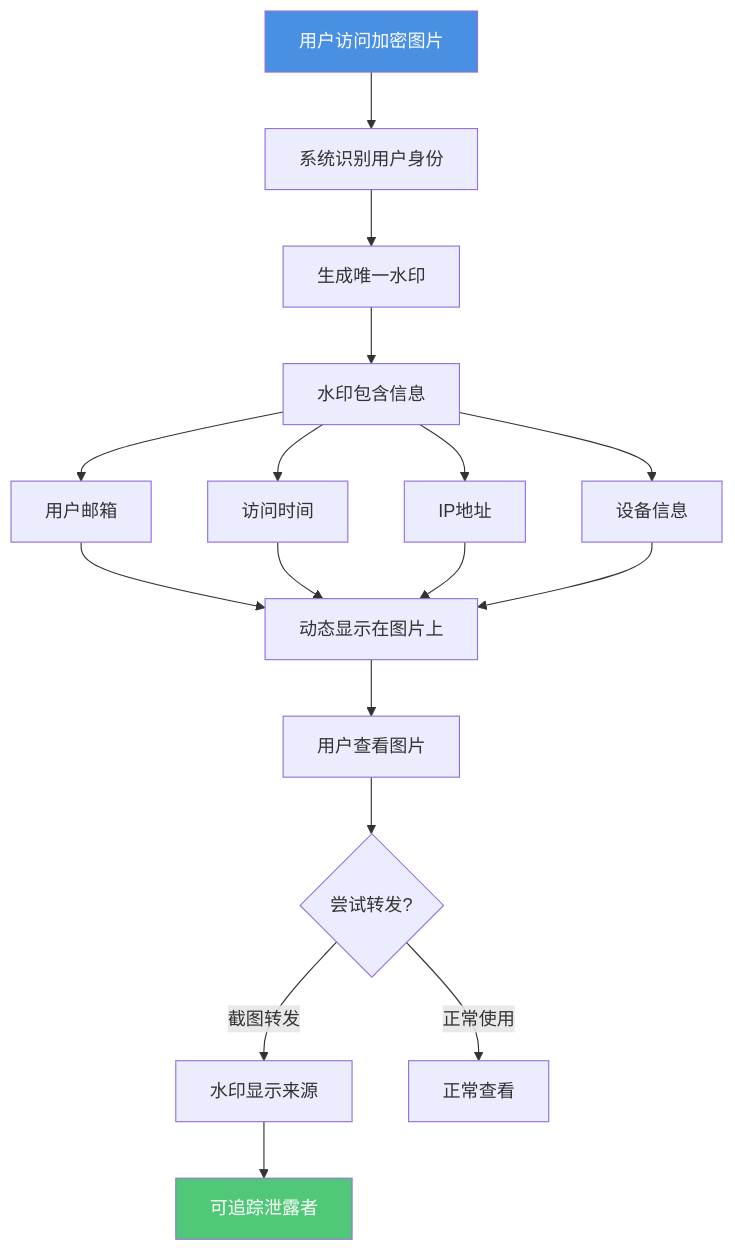
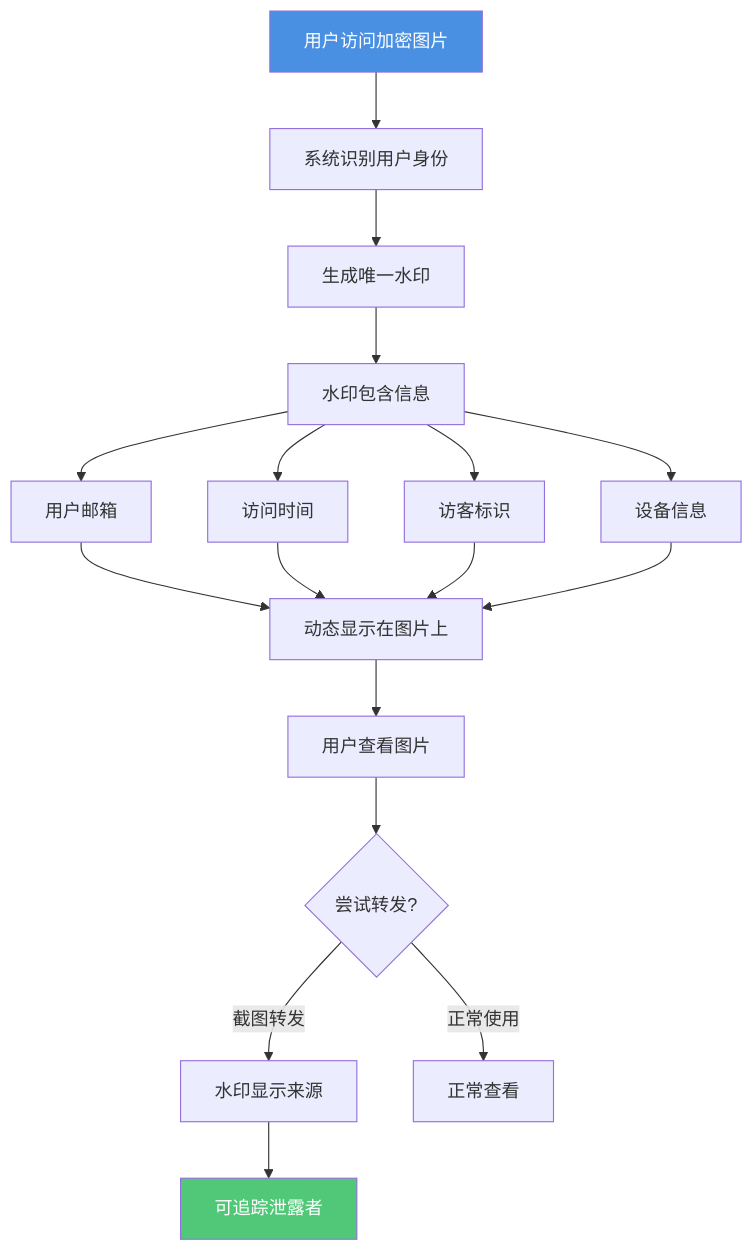
The fourth of 6 diagrams in src/content/blog/cn/maiimg-encryption-prevent-forwarding-complete-guide.md (mythenigma/cloudflareAstro), drawn with Mermaid before and after one commit. The commit also changed other lines of this file and 353 other files, not shown here.

````diff
--- a/src/content/blog/cn/maiimg-encryption-prevent-forwarding-complete-guide.md
+++ b/src/content/blog/cn/maiimg-encryption-prevent-forwarding-complete-guide.md
@@ -199,22 +199,22 @@
 ```mermaid
 flowchart TD
     A[用户访问加密图片] --> B[系统识别用户身份]
     B --> C[生成唯一水印]
     C --> D[水印包含信息]
     D --> E[用户邮箱]
     D --> F[访问时间]
-    D --> G[IP地址]
+    D --> G[访客标识]
     D --> H[设备信息]
     E --> I[动态显示在图片上]
     F --> I
     G --> I
     H --> I
     I --> J[用户查看图片]
     J --> K{尝试转发?}
     K -->|截图转发| L[水印显示来源]
     K -->|正常使用| M[正常查看]
     L --> N[可追踪泄露者]
     
     style A fill:#4A90E2,color:#fff
     style N fill:#50C878,color:#fff
 ```
````
